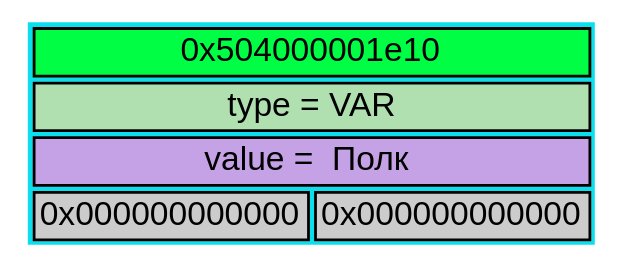
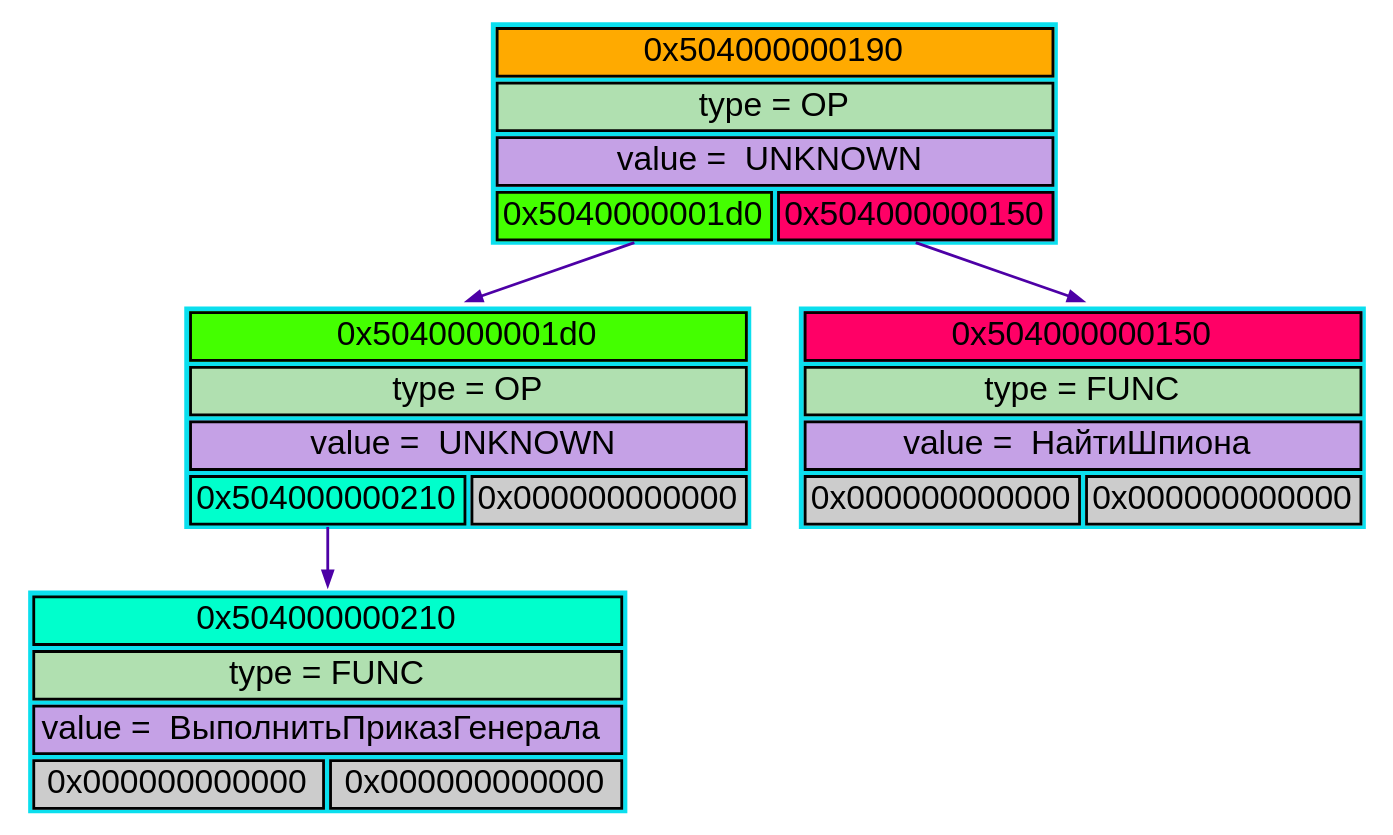
One commit to kovalevm2207/Army-Language changed the diagram in TreeMemStruct/svg_dot/dump.dot. Above: the diagram before and after it, drawn with Graphviz. The commit also changed 19 other files, not shown here.

```diff
--- a/TreeMemStruct/svg_dot/dump.dot
+++ b/TreeMemStruct/svg_dot/dump.dot
@@ -1,15 +1,42 @@
 digraph DUMP
 {
     rankdir=TB;
     splines=false;
     node[fontname="Arial",fontsize=24,];
     edge [style="bold", arrowhead="normal", splines=line, dir=normal]
     node0 [shape=plaintext, label=<
         <TABLE BORDER="0" CELLBORDER="2" CELLSPACING="3" CELLPADDING="3" BGCOLOR="#0bdfeeff" FIXEDSIZE="FALSE" ALIGN="CENTER" VALIGN="MIDDLE" SIDES="LRTB" >
-            <TR><TD PORT="p" BGCOLOR="#00ff44" COLSPAN="2" COLOR="#000000">0x504000001e10</TD></TR>
-            <TR><TD PORT="t" BGCOLOR="#B0E0B0ff" COLSPAN="2" COLOR="#000000ff">type = VAR</TD></TR>
-            <TR><TD PORT="v" BGCOLOR="#c5a1e6ff" COLSPAN="2" COLOR="#000000">value =  Полк </TD></TR>
+            <TR><TD PORT="p" BGCOLOR="#ffaa00" COLSPAN="2" COLOR="#000000">0x504000000190</TD></TR>
+            <TR><TD PORT="t" BGCOLOR="#B0E0B0ff" COLSPAN="2" COLOR="#000000ff">type = OP</TD></TR>
+            <TR><TD PORT="v" BGCOLOR="#c5a1e6ff" COLSPAN="2" COLOR="#000000">value =  UNKNOWN </TD></TR>
+            <TR><TD PORT="l" COLSPAN="1" ALIGN="CENTER" COLOR="#000000" BGCOLOR="#44ff00">0x5040000001d0</TD><TD PORT="r" COLSPAN="1" ALIGN="CENTER" COLOR="#000000" BGCOLOR="#ff0066">0x504000000150</TD></TR>
+        </TABLE>
+    >];
+    node1 [shape=plaintext, label=<
+        <TABLE BORDER="0" CELLBORDER="2" CELLSPACING="3" CELLPADDING="3" BGCOLOR="#0bdfeeff" FIXEDSIZE="FALSE" ALIGN="CENTER" VALIGN="MIDDLE" SIDES="LRTB" >
+            <TR><TD PORT="p" BGCOLOR="#44ff00" COLSPAN="2" COLOR="#000000">0x5040000001d0</TD></TR>
+            <TR><TD PORT="t" BGCOLOR="#B0E0B0ff" COLSPAN="2" COLOR="#000000ff">type = OP</TD></TR>
+            <TR><TD PORT="v" BGCOLOR="#c5a1e6ff" COLSPAN="2" COLOR="#000000">value =  UNKNOWN </TD></TR>
+            <TR><TD PORT="l" COLSPAN="1" ALIGN="CENTER" COLOR="#000000" BGCOLOR="#00ffcc">0x504000000210</TD><TD PORT="r" COLSPAN="1" ALIGN="CENTER" COLOR="#000000" BGCOLOR="#cccccc">0x000000000000</TD></TR>
+        </TABLE>
+    >];
+    node2 [shape=plaintext, label=<
+        <TABLE BORDER="0" CELLBORDER="2" CELLSPACING="3" CELLPADDING="3" BGCOLOR="#0bdfeeff" FIXEDSIZE="FALSE" ALIGN="CENTER" VALIGN="MIDDLE" SIDES="LRTB" >
+            <TR><TD PORT="p" BGCOLOR="#00ffcc" COLSPAN="2" COLOR="#000000">0x504000000210</TD></TR>
+            <TR><TD PORT="t" BGCOLOR="#B0E0B0ff" COLSPAN="2" COLOR="#000000ff">type = FUNC</TD></TR>
+            <TR><TD PORT="v" BGCOLOR="#c5a1e6ff" COLSPAN="2" COLOR="#000000">value =  ВыполнитьПриказГенерала </TD></TR>
             <TR><TD PORT="l" COLSPAN="1" ALIGN="CENTER" COLOR="#000000" BGCOLOR="#cccccc">0x000000000000</TD><TD PORT="r" COLSPAN="1" ALIGN="CENTER" COLOR="#000000" BGCOLOR="#cccccc">0x000000000000</TD></TR>
         </TABLE>
     >];
+    node3 [shape=plaintext, label=<
+        <TABLE BORDER="0" CELLBORDER="2" CELLSPACING="3" CELLPADDING="3" BGCOLOR="#0bdfeeff" FIXEDSIZE="FALSE" ALIGN="CENTER" VALIGN="MIDDLE" SIDES="LRTB" >
+            <TR><TD PORT="p" BGCOLOR="#ff0066" COLSPAN="2" COLOR="#000000">0x504000000150</TD></TR>
+            <TR><TD PORT="t" BGCOLOR="#B0E0B0ff" COLSPAN="2" COLOR="#000000ff">type = FUNC</TD></TR>
+            <TR><TD PORT="v" BGCOLOR="#c5a1e6ff" COLSPAN="2" COLOR="#000000">value =  НайтиШпиона </TD></TR>
+            <TR><TD PORT="l" COLSPAN="1" ALIGN="CENTER" COLOR="#000000" BGCOLOR="#cccccc">0x000000000000</TD><TD PORT="r" COLSPAN="1" ALIGN="CENTER" COLOR="#000000" BGCOLOR="#cccccc">0x000000000000</TD></TR>
+        </TABLE>
+    >];
+    node0:<l>:s -> node1:n [dir=normal, color="#4d00a6ff"];
+    node1:<l>:s -> node2:n [dir=normal, color="#4d00a6ff"];
+    node0:<r>:s -> node3:n [dir=normal, color="#4d00a6ff"];
 }
```
